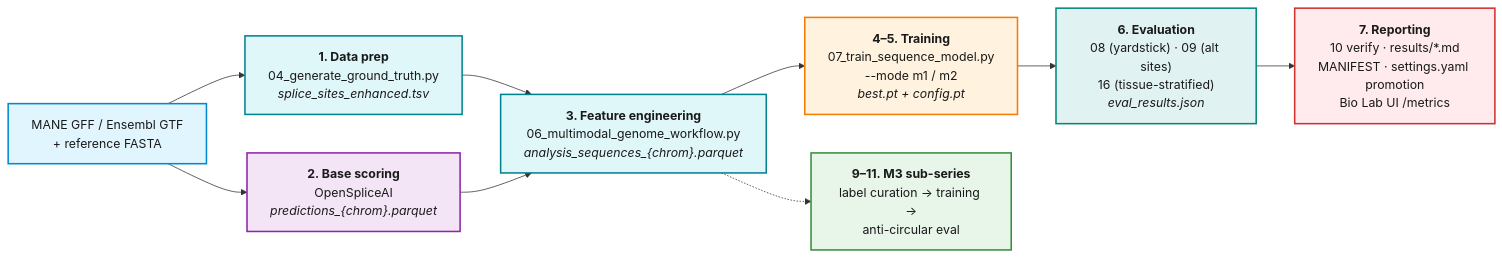
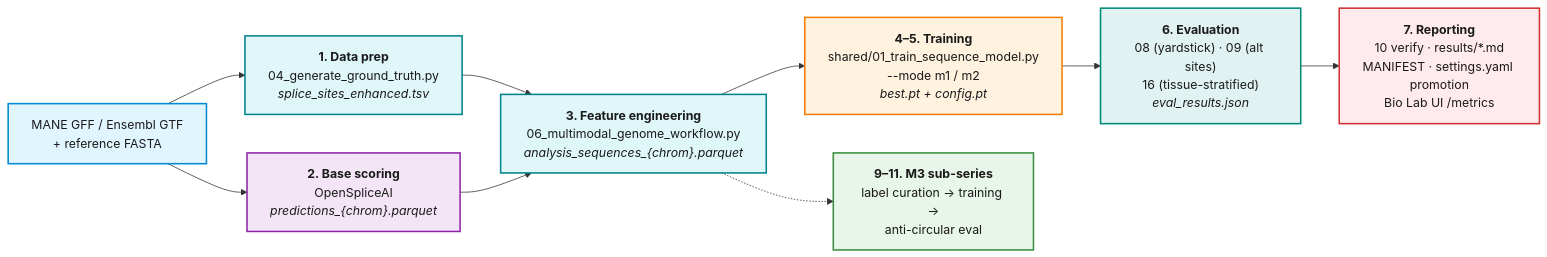
Before and after one commit to pleiadian53/agentic-spliceai: the diagram in docs/workflows/meta_layer/README.md, drawn with Mermaid. The commit also changed other lines of this file and 89 other files, not shown here.

````diff
--- a/docs/workflows/meta_layer/README.md
+++ b/docs/workflows/meta_layer/README.md
@@ -34,27 +34,27 @@
 ```mermaid
 flowchart LR
   A["MANE GFF / Ensembl GTF<br/>+ reference FASTA"] --> B["<b>1. Data prep</b><br/>04_generate_ground_truth.py<br/><i>splice_sites_enhanced.tsv</i>"]
   A --> C["<b>2. Base scoring</b><br/>OpenSpliceAI<br/><i>predictions_{chrom}.parquet</i>"]
   B --> D
   C --> D["<b>3. Feature engineering</b><br/>06_multimodal_genome_workflow.py<br/><i>analysis_sequences_{chrom}.parquet</i>"]
-  D --> E["<b>4–5. Training</b><br/>07_train_sequence_model.py<br/>--mode m1 / m2<br/><i>best.pt + config.pt</i>"]
+  D --> E["<b>4–5. Training</b><br/>shared/01_train_sequence_model.py<br/>--mode m1 / m2<br/><i>best.pt + config.pt</i>"]
   E --> F["<b>6. Evaluation</b><br/>08 (yardstick) · 09 (alt sites)<br/>16 (tissue-stratified)<br/><i>eval_results.json</i>"]
   F --> G["<b>7. Reporting</b><br/>10 verify · results/*.md<br/>MANIFEST · settings.yaml promotion<br/>Bio Lab UI /metrics"]
   D -.-> H["<b>9–11. M3 sub-series</b><br/>label curation → training →<br/>anti-circular eval"]
 
   classDef input fill:#e1f5fe,stroke:#0288d1,stroke-width:2px,color:#1a1a1a
   classDef data  fill:#e0f7fa,stroke:#00838f,stroke-width:2px,color:#1a1a1a
   classDef base  fill:#f3e5f5,stroke:#8e24aa,stroke-width:2px,color:#1a1a1a
   classDef train fill:#fff3e0,stroke:#f57c00,stroke-width:2px,color:#1a1a1a
   classDef eval  fill:#e0f2f1,stroke:#00897b,stroke-width:2px,color:#1a1a1a
   classDef report fill:#ffebee,stroke:#d32f2f,stroke-width:2px,color:#1a1a1a
   classDef m3    fill:#e8f5e9,stroke:#388e3c,stroke-width:2px,color:#1a1a1a
 
   class A input
   class B,D data
   class C base
   class E train
   class F eval
   class G report
   class H m3
 ```
````
